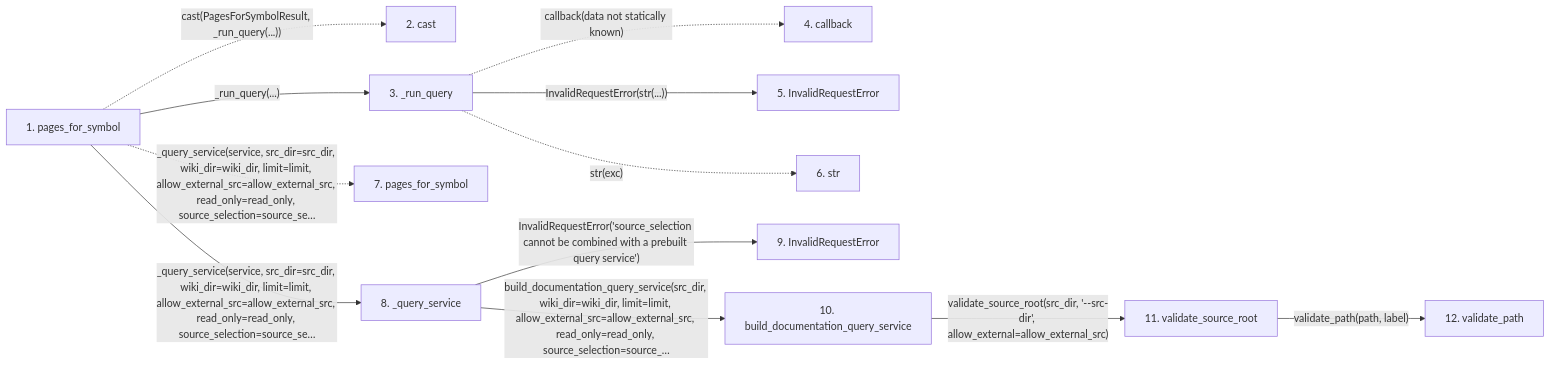
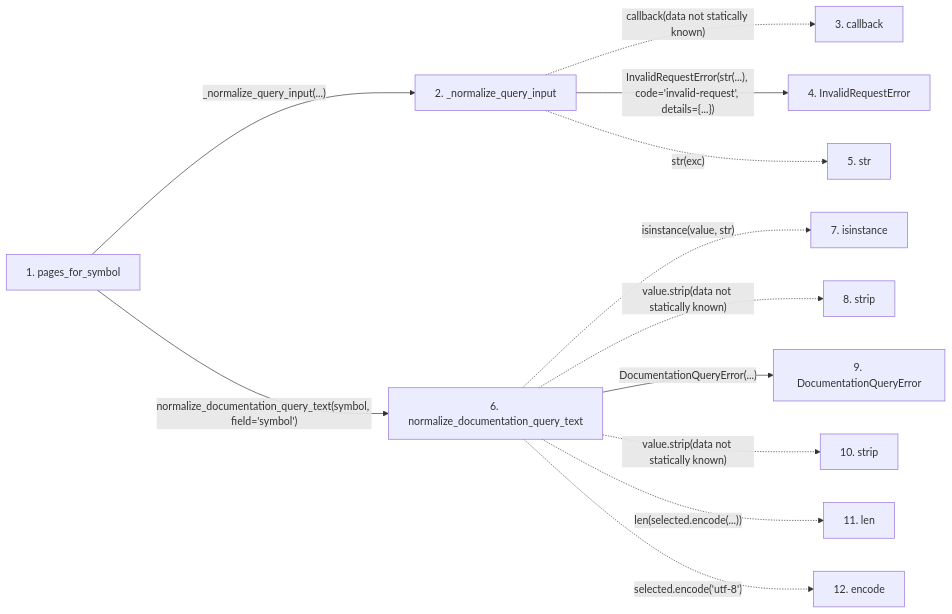
One commit to Denissvgn/python-wiki-llm changed the second of 2 diagrams in docs/llm_wiki/flows/api-pages_for_symbol.md. Above: the diagram before and after it, drawn with Mermaid. The commit also changed other lines of this file and 364 other files, not shown here.

````diff
--- a/docs/llm_wiki/flows/api-pages_for_symbol.md
+++ b/docs/llm_wiki/flows/api-pages_for_symbol.md
@@ -85,34 +83,31 @@
 ```mermaid
 flowchart LR
     s1["1. pages_for_symbol"]
-    s2["2. cast"]
-    s3["3. _run_query"]
-    s4["4. callback"]
-    s5["5. InvalidRequestError"]
-    s6["6. str"]
-    s7["7. pages_for_symbol"]
-    s8["8. _query_service"]
-    s9["9. InvalidRequestError"]
-    s10["10. build_documentation_query_service"]
-    s11["11. validate_source_root"]
-    s12["12. validate_path"]
-    s1 -. "cast(PagesForSymbolResult, _run_query(...))" .-> s2
-    s1 -->|"_run_query(...)"| s3
-    s3 -. "callback(data not statically known)" .-> s4
-    s3 -->|"InvalidRequestError(str(...))"| s5
-    s3 -. "str(exc)" .-> s6
-    s1 -. "_query_service(service, src_dir=src_dir, wiki_dir=wiki_dir, limit=limit, allow_external_src=allow_external_src, read_only=read_only, source_selection=source_se…" .-> s7
-    s1 -->|"_query_service(service, src_dir=src_dir, wiki_dir=wiki_dir, limit=limit, allow_external_src=allow_external_src, read_only=read_only, source_selection=source_se…"| s8
-    s8 -->|"InvalidRequestError('source_selection cannot be combined with a prebuilt query service')"| s9
-    s8 -->|"build_documentation_query_service(src_dir, wiki_dir=wiki_dir, limit=limit, allow_external_src=allow_external_src, read_only=read_only, source_selection=source_…"| s10
-    s10 -->|"validate_source_root(src_dir, '--src-dir', allow_external=allow_external_src)"| s11
-    s11 -->|"validate_path(path, label)"| s12
+    s2["2. _normalize_query_input"]
+    s3["3. callback"]
+    s4["4. InvalidRequestError"]
+    s5["5. str"]
+    s6["6. normalize_documentation_query_text"]
+    s7["7. isinstance"]
+    s8["8. strip"]
+    s9["9. DocumentationQueryError"]
+    s10["10. strip"]
+    s11["11. len"]
+    s12["12. encode"]
+    s1 -->|"_normalize_query_input(...)"| s2
+    s2 -. "callback(data not statically known)" .-> s3
+    s2 -->|"InvalidRequestError(str(...), code='invalid-request', details={...})"| s4
+    s2 -. "str(exc)" .-> s5
+    s1 -->|"normalize_documentation_query_text(symbol, field='symbol')"| s6
+    s6 -. "isinstance(value, str)" .-> s7
+    s6 -. "value.strip(data not statically known)" .-> s8
+    s6 -->|"DocumentationQueryError(...)"| s9
+    s6 -. "value.strip(data not statically known)" .-> s10
+    s6 -. "len(selected.encode(...))" .-> s11
+    s6 -. "selected.encode('utf-8')" .-> s12
     click s1 "../modules/api.md"
-    click s3 "../modules/api.md"
-    click s5 "../modules/api.md"
-    click s8 "../modules/api.md"
-    click s9 "../modules/api.md"
-    click s10 "../modules/api.md"
-    click s11 "../modules/config.md"
-    click s12 "../modules/config.md"
+    click s2 "../modules/api.md"
+    click s4 "../modules/api.md"
+    click s6 "../modules/documentation_query_builder.md"
+    click s9 "../modules/documentation_queries.md"
 ```
````
